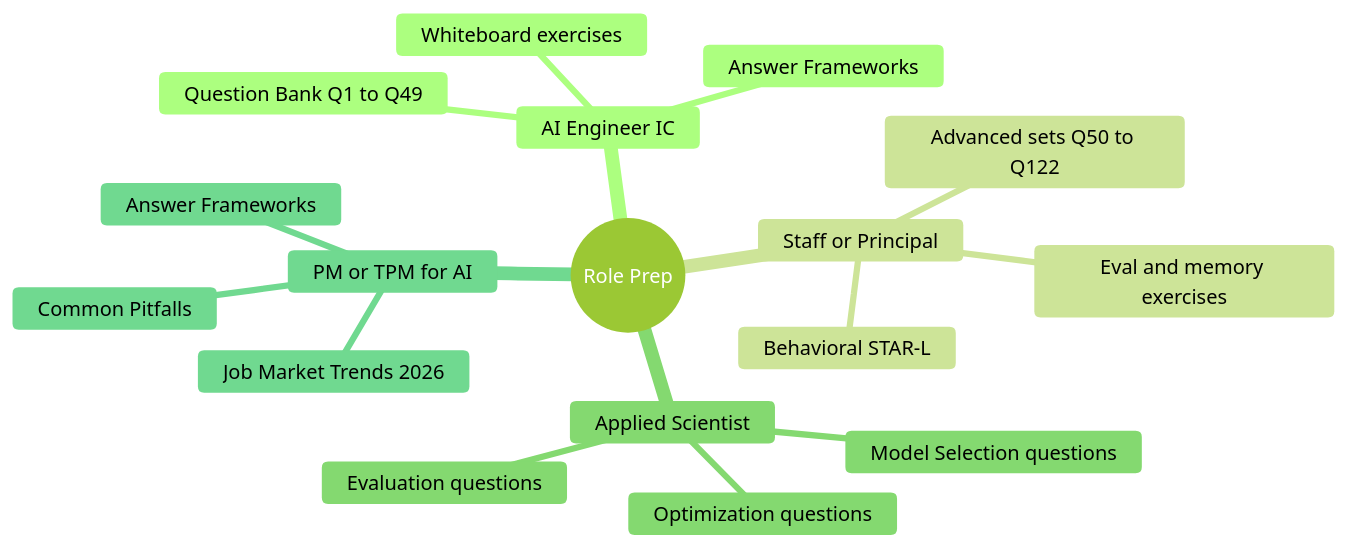
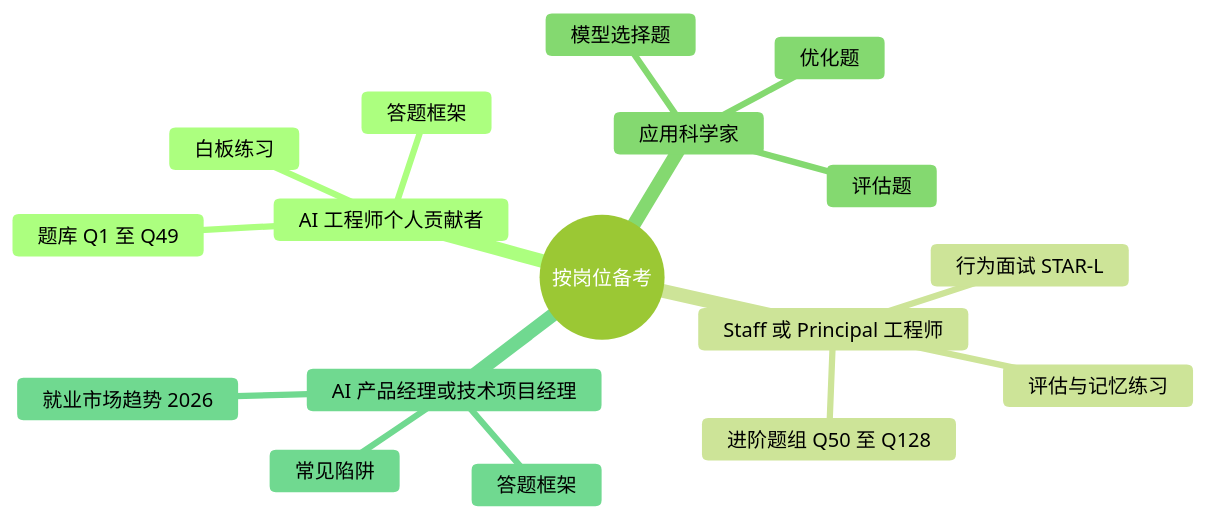
One commit to ChiHoc/ai-system-design-guide-zh changed the second of 2 diagrams in 00-interview-prep/README.md. Above: the diagram before and after it, drawn with Mermaid (forest theme). The commit also changed other lines of this file and 17 other files, not shown here.

````diff
--- a/00-interview-prep/README.md
+++ b/00-interview-prep/README.md
@@ -32,20 +32,20 @@
 ```mermaid
 mindmap
-  root((Role Prep))
-    AI Engineer IC
-      Question Bank Q1 to Q49
-      Answer Frameworks
-      Whiteboard exercises
-    Staff or Principal
-      Advanced sets Q50 to Q122
-      Behavioral STAR-L
-      Eval and memory exercises
-    Applied Scientist
-      Model Selection questions
-      Evaluation questions
-      Optimization questions
-    PM or TPM for AI
-      Common Pitfalls
-      Job Market Trends 2026
-      Answer Frameworks
+  root((按岗位备考))
+    AI 工程师个人贡献者
+      题库 Q1 至 Q49
+      答题框架
+      白板练习
+    Staff 或 Principal 工程师
+      进阶题组 Q50 至 Q128
+      行为面试 STAR-L
+      评估与记忆练习
+    应用科学家
+      模型选择题
+      评估题
+      优化题
+    AI 产品经理或技术项目经理
+      常见陷阱
+      就业市场趋势 2026
+      答题框架
 ```
````
